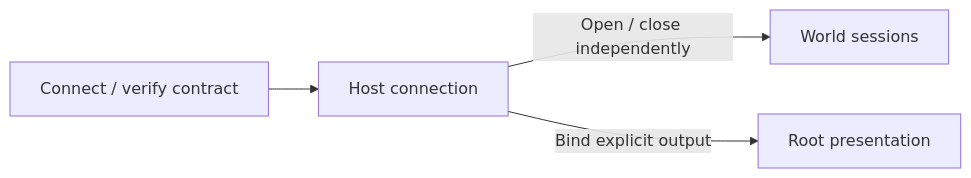
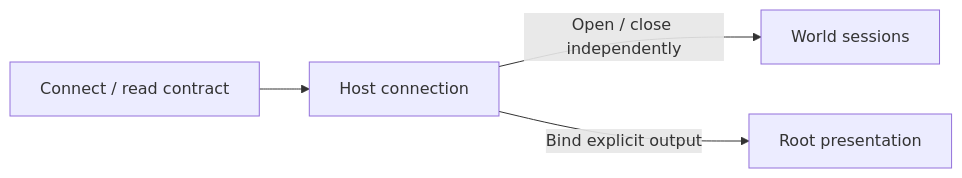
One commit to rubber-duck/ipp changed the diagram in docs/architecture/protocol-and-schema.md. Above: the diagram before and after it, drawn with Mermaid. The commit also changed other lines of this file and 524 other files, not shown here.

````diff
--- a/docs/architecture/protocol-and-schema.md
+++ b/docs/architecture/protocol-and-schema.md
@@ -15,6 +15,6 @@
 ```mermaid
 flowchart LR
-    connect["Connect / verify contract"] --> host["Host connection"]
+    connect["Connect / read contract"] --> host["Host connection"]
     host -->|"Open / close independently"| sessions["World sessions"]
     host -->|"Bind explicit output"| view["Root presentation"]
 ```
````
